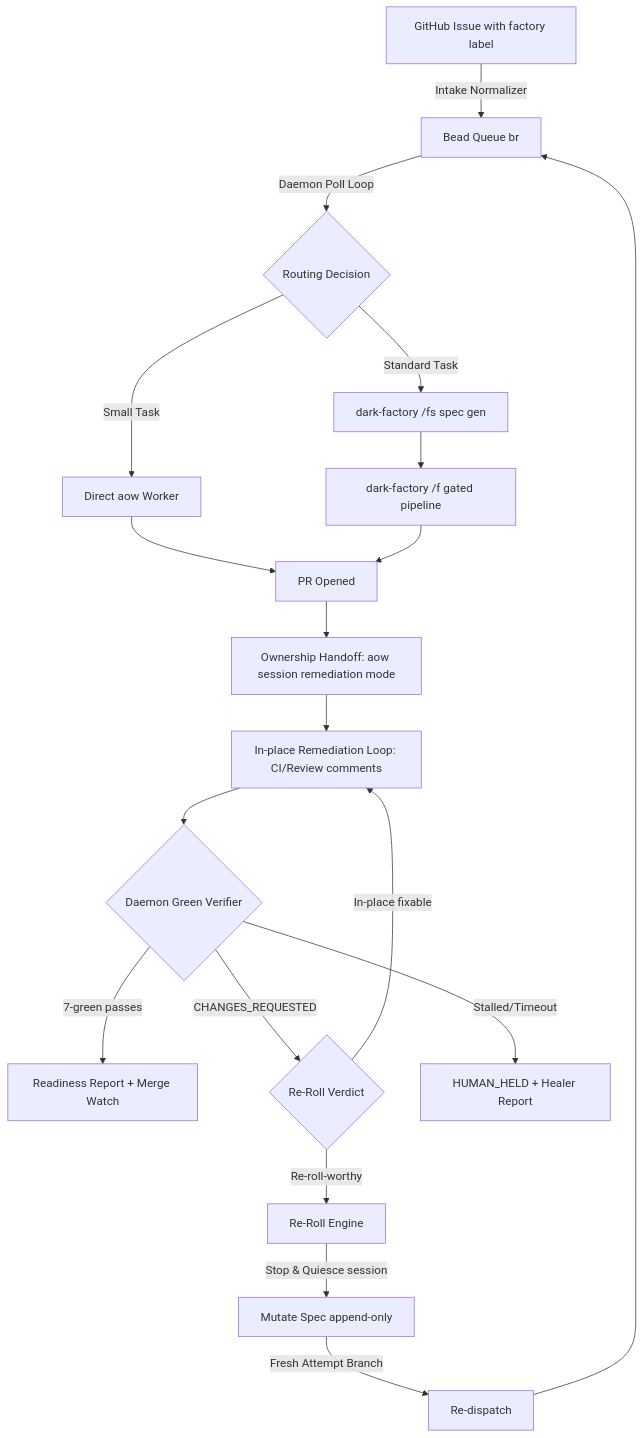
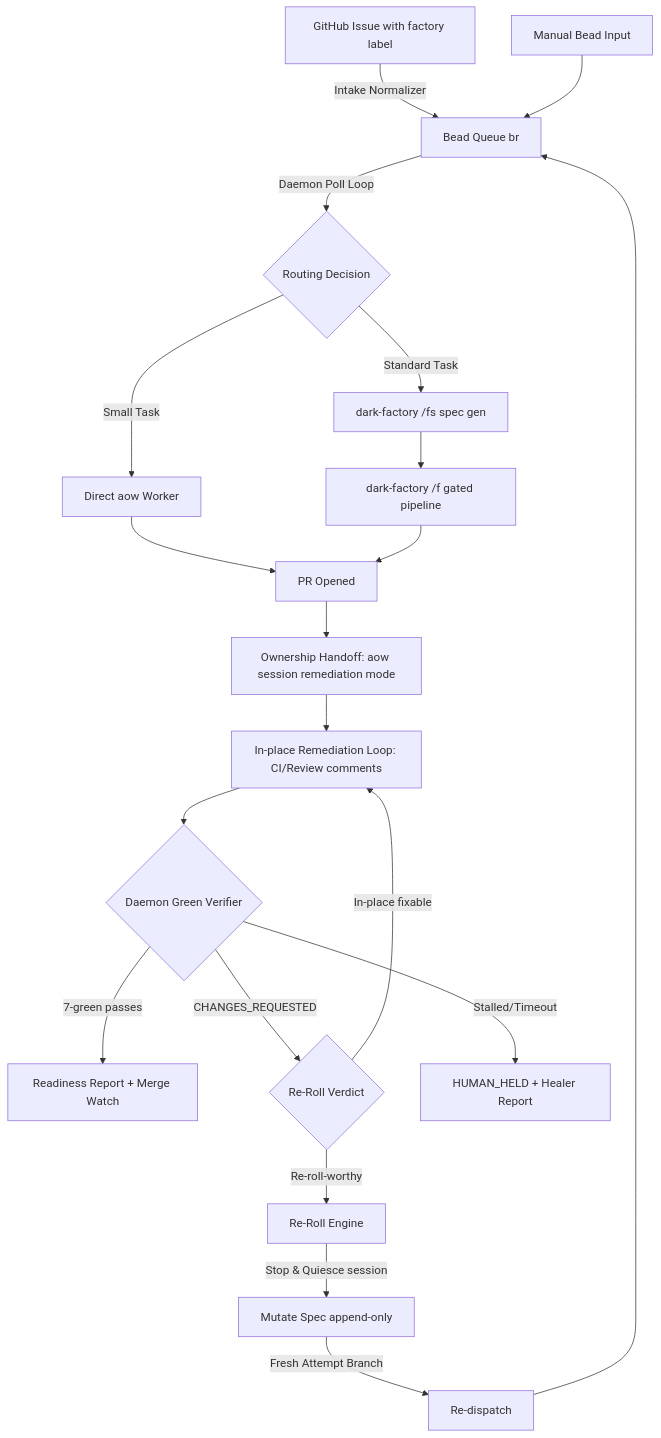
One commit to jleechanorg/dark-factory changed the diagram in docs/auto-factory-daemon-spec.md. Above: the diagram before and after it, drawn with Mermaid. The commit also changed other lines of this file, not shown here.

Commit message:
docs(spec): [antig] add manual bead input support

````diff
--- a/docs/auto-factory-daemon-spec.md
+++ b/docs/auto-factory-daemon-spec.md
@@ -102,21 +102,22 @@
 ```mermaid
 graph TD
     A[GitHub Issue with factory label] -->|Intake Normalizer| B[Bead Queue br]
+    Z[Manual Bead Input] --> B
     B -->|Daemon Poll Loop| C{Routing Decision}
     C -->|Small Task| D[Direct aow Worker]
     C -->|Standard Task| E[dark-factory /fs spec gen]
     E --> F[dark-factory /f gated pipeline]
     D --> G[PR Opened]
     F --> G
     G --> H[Ownership Handoff: aow session remediation mode]
     H --> I[In-place Remediation Loop: CI/Review comments]
     I --> J{Daemon Green Verifier}
     J -->|7-green passes| K[Readiness Report + Merge Watch]
     J -->|CHANGES_REQUESTED| L{Re-Roll Verdict}
     L -->|In-place fixable| I
     L -->|Re-roll-worthy| M[Re-Roll Engine]
     M -->|Stop & Quiesce session| N[Mutate Spec append-only]
     N -->|Fresh Attempt Branch| O[Re-dispatch]
     O --> B
     J -->|Stalled/Timeout| P[HUMAN_HELD + Healer Report]
 ```
````
